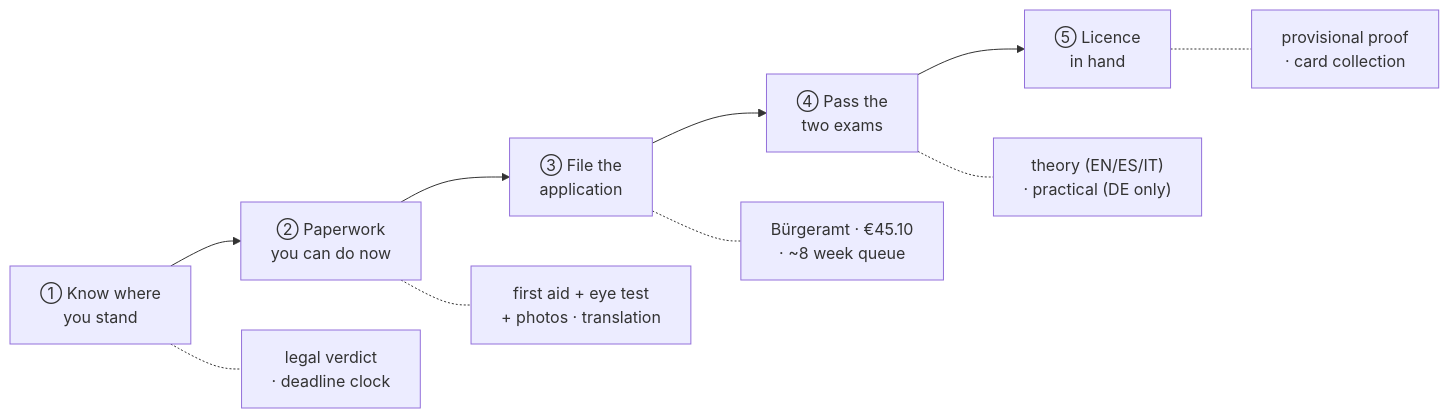
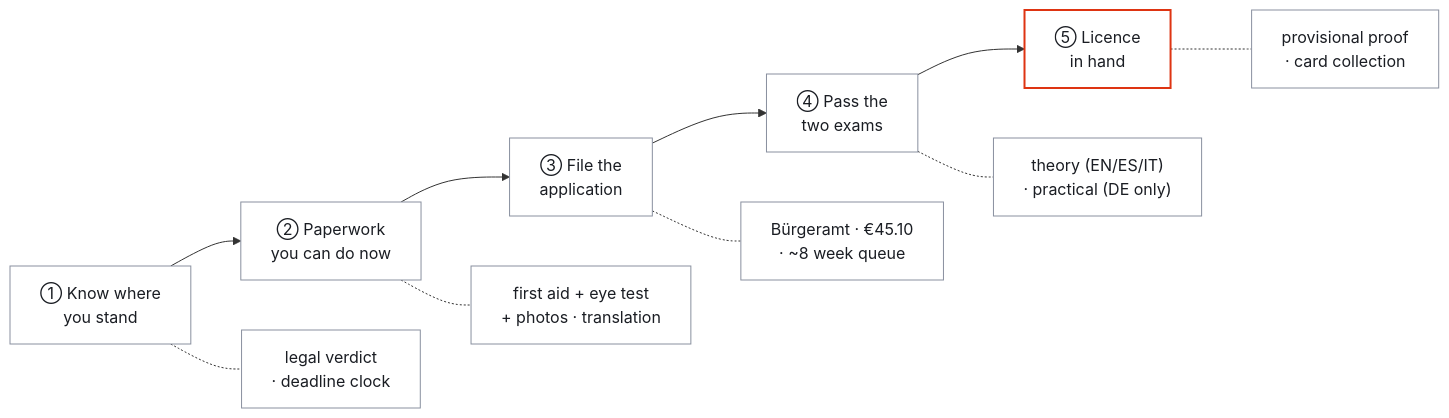
Before and after one commit to agusgonzaleznic/drive-berlin: the diagram in README.md, drawn with Mermaid. The commit also changed other lines of this file and 1 other file, not shown here.

````diff
--- a/README.md
+++ b/README.md
@@ -141,13 +100,17 @@
 ```mermaid
 flowchart LR
   A["① Know where<br/>you stand"] --> B["② Paperwork<br/>you can do now"]
   B --> C["③ File the<br/>application"]
   C --> D["④ Pass the<br/>two exams"]
   D --> E["⑤ Licence<br/>in hand"]
 
   A -.- A1["legal verdict<br/>· deadline clock"]
   B -.- B1["first aid + eye test<br/>+ photos · translation"]
   C -.- C1["Bürgeramt · €45.10<br/>· ~8 week queue"]
   D -.- D1["theory (EN/ES/IT)<br/>· practical (DE only)"]
   E -.- E1["provisional proof<br/>· card collection"]
+  classDef default fill:#FFFFFF,stroke:#89909F,color:#1A1D23
+  classDef decide fill:#E9EAED,stroke:#555D6D,color:#1A1D23
+  classDef outcome fill:#FFFFFF,stroke:#DE3412,stroke-width:2px,color:#1A1D23
+  class E outcome
 ```
````
